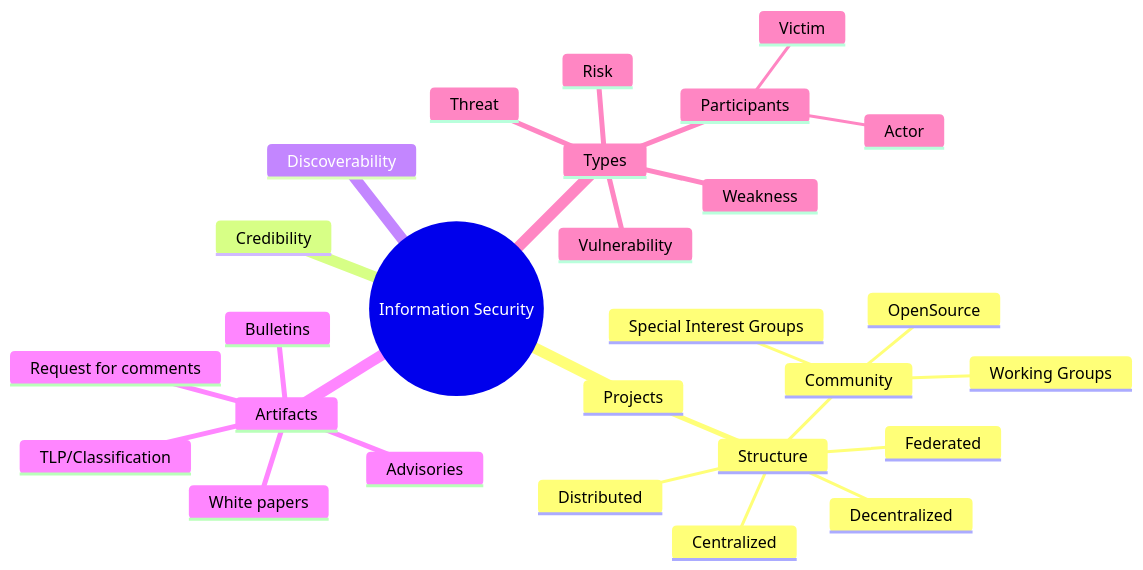
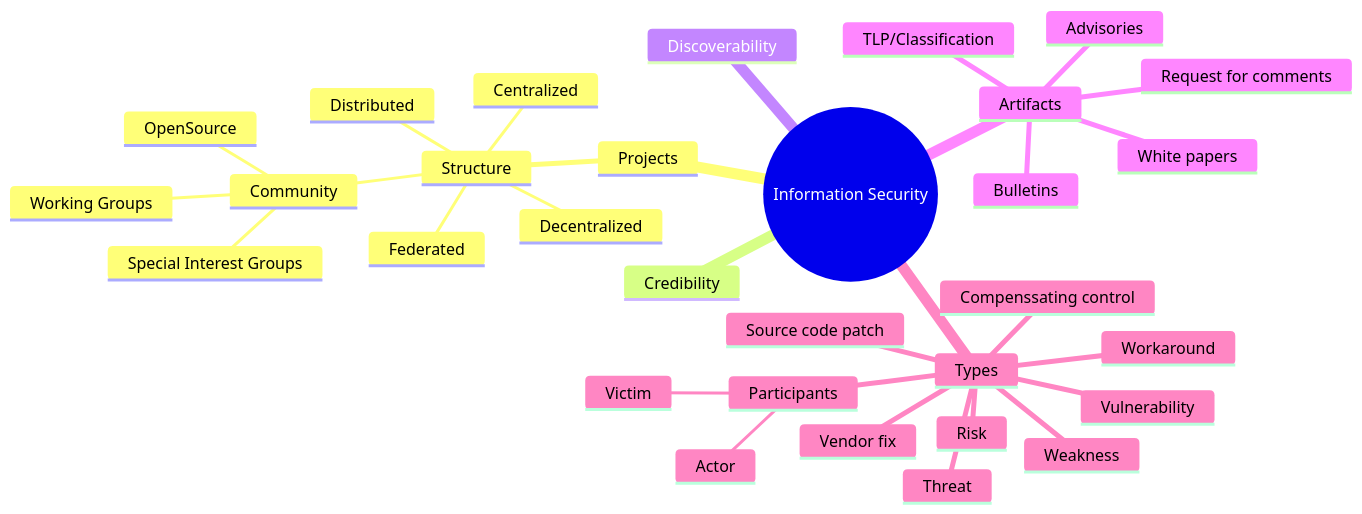
Before and after one commit to kurtseifried/wardley-maps: the diagram in security/security-information-projects.md, drawn with Mermaid.

````diff
--- a/security/security-information-projects.md
+++ b/security/security-information-projects.md
@@ -1,31 +1,35 @@
 ```mermaid
 mindmap
   root((Information Security))
     Projects
       Structure
         Centralized
         Decentralized
         Federated
         Distributed
         Community
           OpenSource
           Working Groups
           Special Interest Groups
     Credibility
     Discoverability
     Artifacts
       White papers
       Request for comments
       Advisories
       Bulletins
       TLP/Classification
     Types
       Vulnerability
       Threat
       Risk
       Weakness
+      Workaround
+      Compenssating control
+      Vendor fix
+      Source code patch
       Participants
         Actor
         Victim
         
 ```
````
